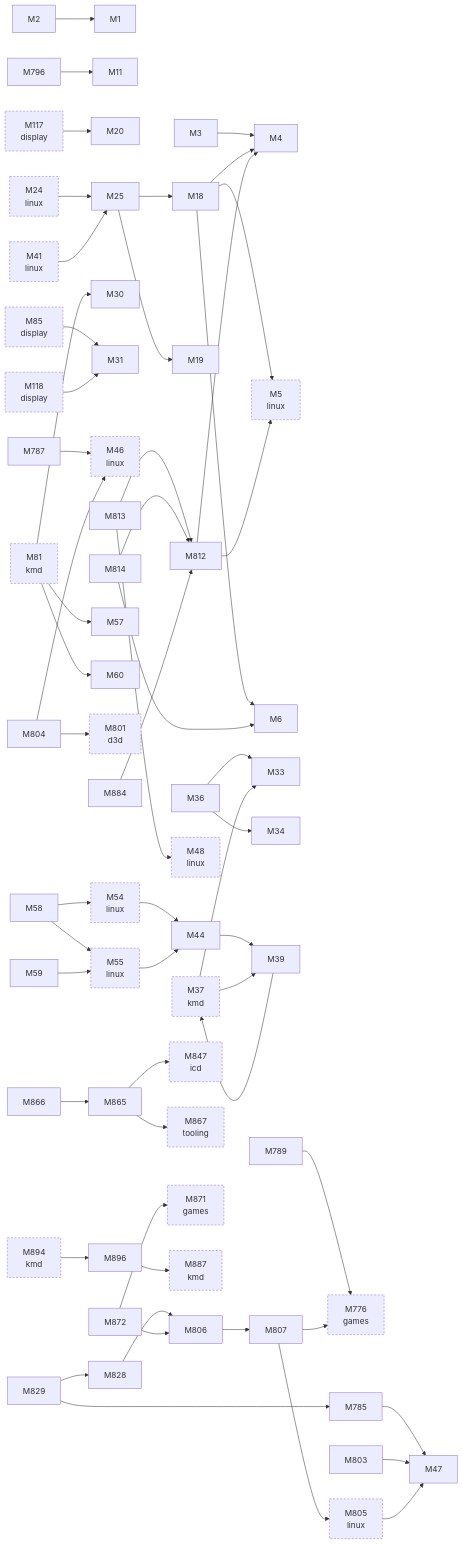
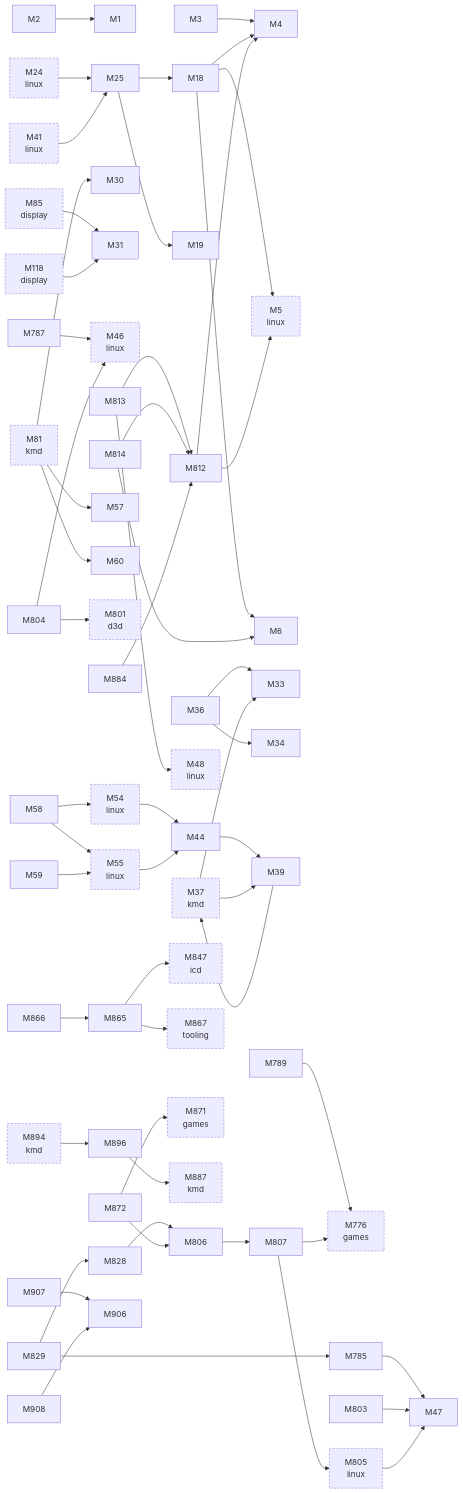
Before and after one commit to D-Ogi/amdgpu-wddm: the second of 3 diagrams in docs/facts/graphs/hardware.md, drawn with Mermaid. The commit also changed 17 other files, not shown here.

````diff
--- a/docs/facts/graphs/hardware.md
+++ b/docs/facts/graphs/hardware.md
@@ -82,10 +82,8 @@
   M4["M4"]
   M5["M5<br/>linux"]
   M6["M6"]
-  M11["M11"]
   M18["M18"]
   M19["M19"]
-  M20["M20"]
   M24["M24<br/>linux"]
   M25["M25"]
   M30["M30"]
@@ -108,13 +106,11 @@
   M60["M60"]
   M81["M81<br/>kmd"]
   M85["M85<br/>display"]
-  M117["M117<br/>display"]
   M118["M118<br/>display"]
   M776["M776<br/>games"]
   M785["M785"]
   M787["M787"]
   M789["M789"]
-  M796["M796"]
   M801["M801<br/>d3d"]
   M803["M803"]
   M804["M804"]
@@ -136,6 +132,9 @@
   M887["M887<br/>kmd"]
   M894["M894<br/>kmd"]
   M896["M896"]
+  M906["M906"]
+  M907["M907"]
+  M908["M908"]
   M2 --> M1
   M3 --> M4
   M18 --> M4
@@ -153,7 +152,6 @@
   M785 --> M47
   M787 --> M46
   M789 --> M776
-  M796 --> M11
   M803 --> M47
   M804 --> M46
   M804 --> M801
@@ -176,6 +174,8 @@
   M872 --> M871
   M884 --> M812
   M896 --> M887
+  M907 --> M906
+  M908 --> M906
   M37 --> M33
   M37 --> M39
   M81 --> M30
@@ -183,7 +183,6 @@
   M81 --> M60
   M894 --> M896
   M85 --> M31
-  M117 --> M20
   M118 --> M31
   M24 --> M25
   M41 --> M25
@@ -191,5 +190,5 @@
   M55 --> M44
   M805 --> M47
   classDef other stroke-dasharray:4 3
-  class M5,M24,M37,M41,M46,M48,M54,M55,M81,M85,M117,M118,M776,M801,M805,M847,M867,M871,M887,M894 other
+  class M5,M24,M37,M41,M46,M48,M54,M55,M81,M85,M118,M776,M801,M805,M847,M867,M871,M887,M894 other
 ```
````
